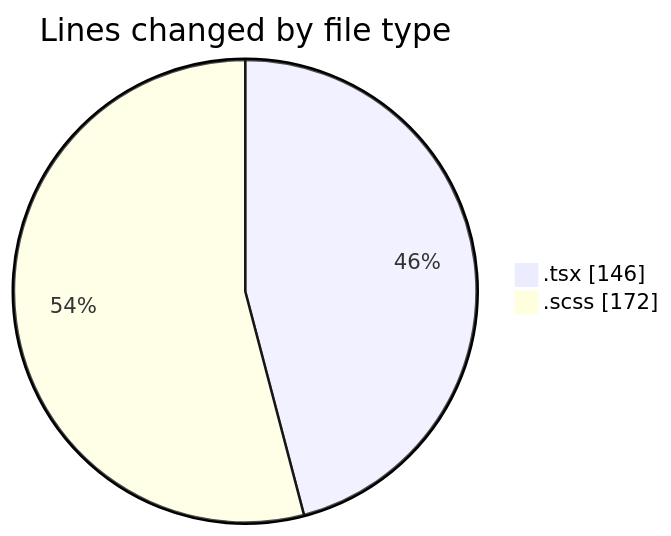
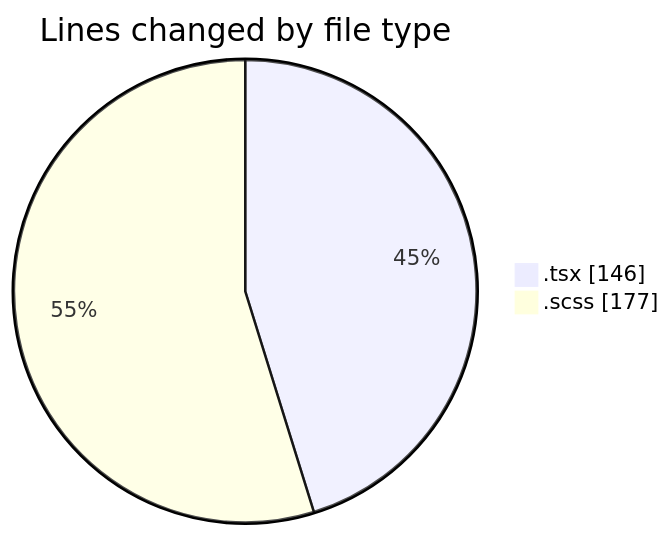
Before and after one commit to momahboobian/code-tracking: the first of 2 diagrams in 2026-03-25/cda/README.md, drawn with Mermaid. The commit also changed other lines of this file and 1 other file, not shown here.

````diff
--- a/2026-03-25/cda/README.md
+++ b/2026-03-25/cda/README.md
@@ -21,6 +21,6 @@
 ```mermaid
 pie showData
 title Lines changed by file type
 ".tsx" : 146
-".scss" : 172
+".scss" : 177
 ```
````
